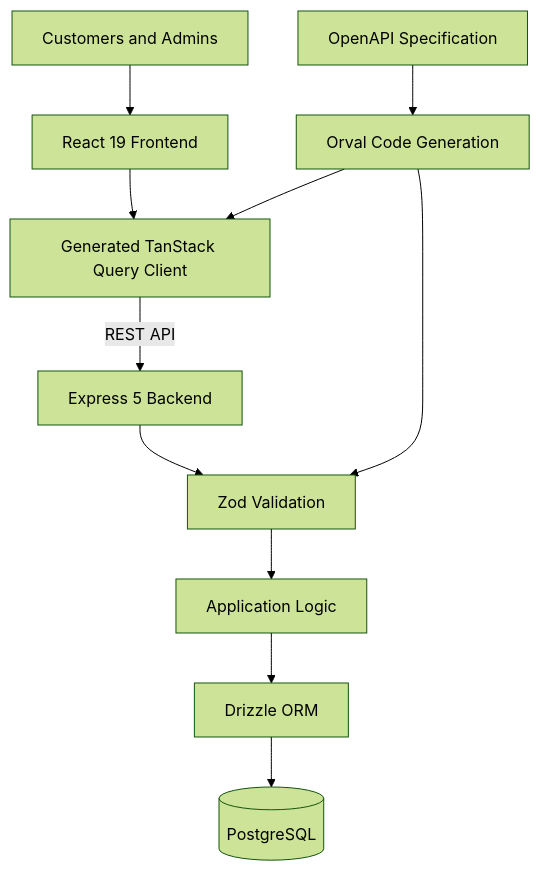
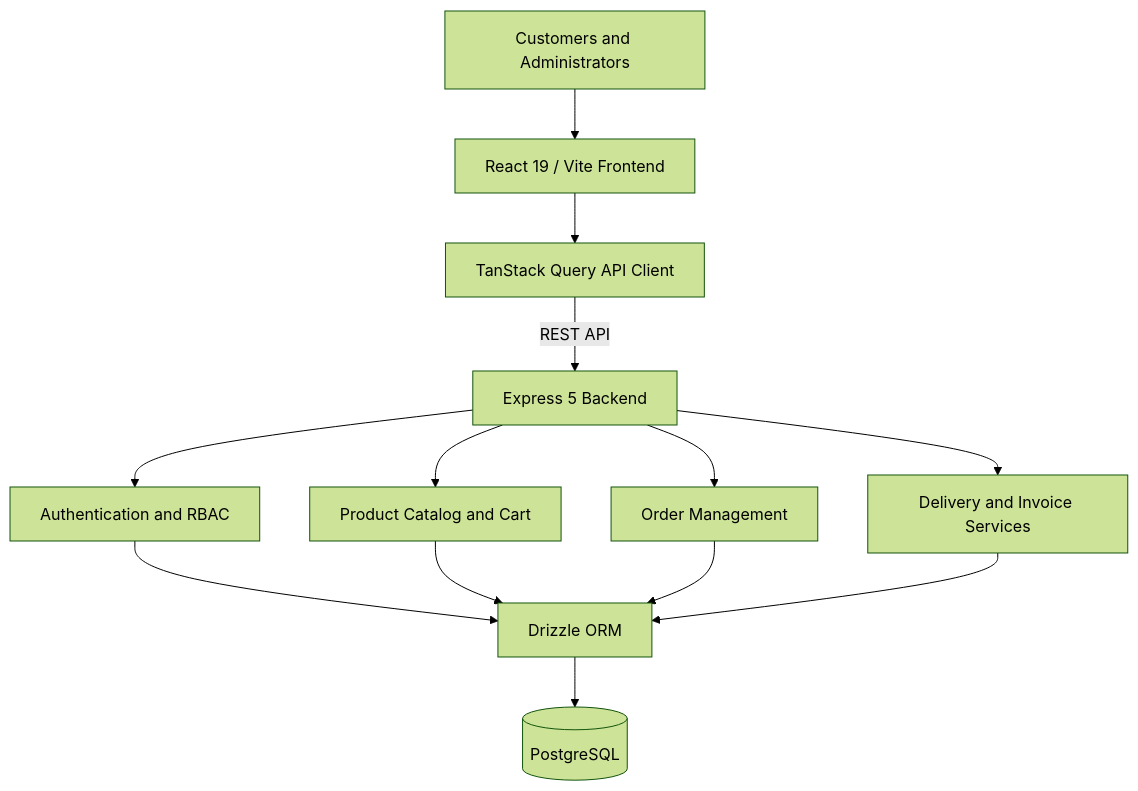
One commit to 9harshithp/Desiri-Naturals changed the first of 4 diagrams in README.md. Above: the diagram before and after it, drawn with Mermaid (forest theme). The commit also changed other lines of this file, not shown here.

First line of the commit message:
Enhance README with architecture and workflow details

````diff
--- a/README.md
+++ b/README.md
@@ -129,14 +133,18 @@
 ```mermaid
-flowchart TD
-    U["Customers and Admins"] --> F["React 19 Frontend"]
-    F --> Q["Generated TanStack Query Client"]
+flowchart TB
+    U["Customers and Administrators"] --> F["React 19 / Vite Frontend"]
+    F --> Q["TanStack Query API Client"]
     Q -->|REST API| B["Express 5 Backend"]
-    B --> Z["Zod Validation"]
-    Z --> L["Application Logic"]
-    L --> D["Drizzle ORM"]
-    D --> P[("PostgreSQL")]
 
-    O["OpenAPI Specification"] --> C["Orval Code Generation"]
-    C --> Q
-    C --> Z
+    B --> A["Authentication and RBAC"]
+    B --> C["Product Catalog and Cart"]
+    B --> O["Order Management"]
+    B --> D["Delivery and Invoice Services"]
+
+    A --> ORM["Drizzle ORM"]
+    C --> ORM
+    O --> ORM
+    D --> ORM
+
+    ORM --> DB[("PostgreSQL")]
 ```
````
